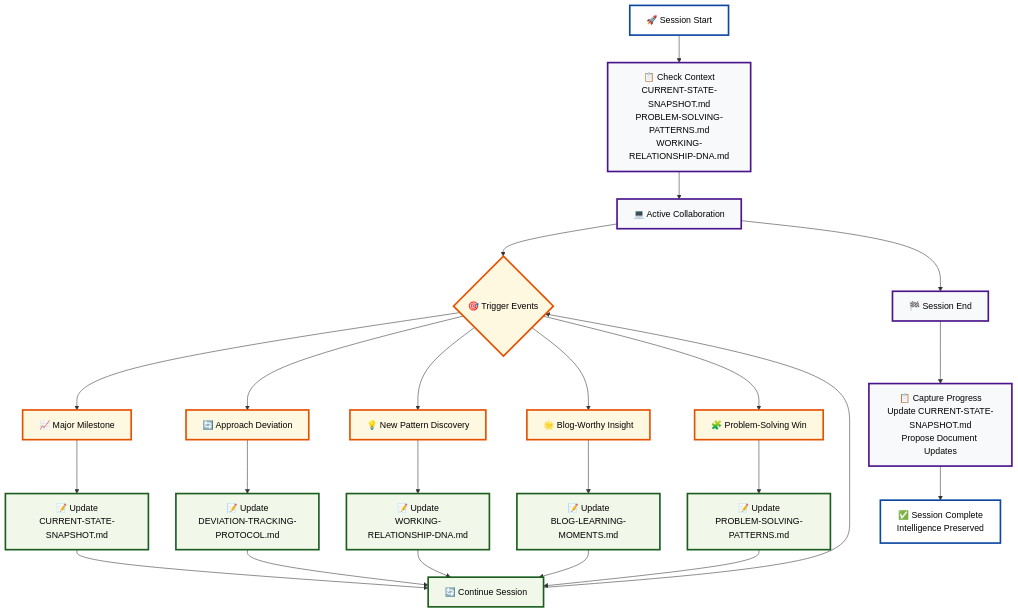
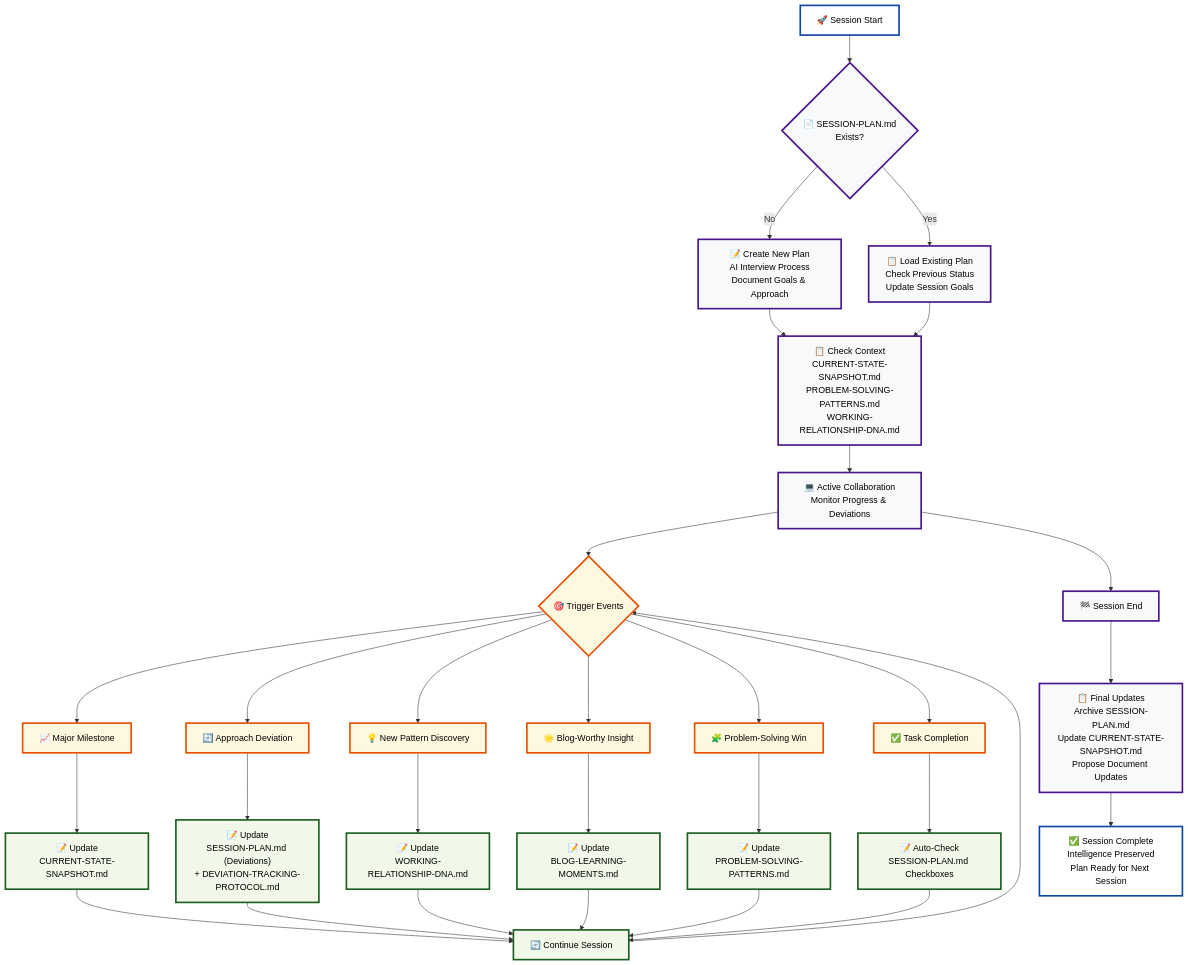
The diagram in session-continuity/README.md (ronanchris/professional-markdown-toolkit-v2), drawn with Mermaid before and after one commit. The commit also changed other lines of this file, not shown here.

First line of the commit message:
Document comprehensive plan-driven session management system

````diff
--- a/session-continuity/README.md
+++ b/session-continuity/README.md
@@ -6,43 +6,52 @@
 ```mermaid
 graph TD
-    A["🚀 Session Start"] --> B["📋 Check Context<br/>CURRENT-STATE-SNAPSHOT.md<br/>PROBLEM-SOLVING-PATTERNS.md<br/>WORKING-RELATIONSHIP-DNA.md"]
+    A["🚀 Session Start"] --> B{"📄 SESSION-PLAN.md<br/>Exists?"}
     
-    B --> C["💻 Active Collaboration"]
+    B -->|No| C["📝 Create New Plan<br/>AI Interview Process<br/>Document Goals & Approach"]
+    B -->|Yes| D["📋 Load Existing Plan<br/>Check Previous Status<br/>Update Session Goals"]
     
-    C --> D{"🎯 Trigger Events"}
+    C --> E["📋 Check Context<br/>CURRENT-STATE-SNAPSHOT.md<br/>PROBLEM-SOLVING-PATTERNS.md<br/>WORKING-RELATIONSHIP-DNA.md"]
+    D --> E
     
-    D --> E["📈 Major Milestone"] 
-    D --> F["🔄 Approach Deviation"]
-    D --> G["💡 New Pattern Discovery"]
-    D --> H["🌟 Blog-Worthy Insight"]
-    D --> I["🧩 Problem-Solving Win"]
+    E --> F["💻 Active Collaboration<br/>Monitor Progress & Deviations"]
     
-    E --> J["📝 Update<br/>CURRENT-STATE-SNAPSHOT.md"]
-    F --> K["📝 Update<br/>DEVIATION-TRACKING-PROTOCOL.md"]
-    G --> L["📝 Update<br/>WORKING-RELATIONSHIP-DNA.md"]
-    H --> M["📝 Update<br/>BLOG-LEARNING-MOMENTS.md"]
-    I --> N["📝 Update<br/>PROBLEM-SOLVING-PATTERNS.md"]
+    F --> G{"🎯 Trigger Events"}
     
-    J --> O["🔄 Continue Session"]
-    K --> O
-    L --> O
-    M --> O
-    N --> O
+    G --> H["📈 Major Milestone"] 
+    G --> I["🔄 Approach Deviation"]
+    G --> J["💡 New Pattern Discovery"]
+    G --> K["🌟 Blog-Worthy Insight"]
+    G --> L["🧩 Problem-Solving Win"]
+    G --> M["✅ Task Completion"]
     
-    O --> D
+    H --> N["📝 Update<br/>CURRENT-STATE-SNAPSHOT.md"]
+    I --> O["📝 Update<br/>SESSION-PLAN.md (Deviations)<br/>+ DEVIATION-TRACKING-PROTOCOL.md"]
+    J --> P["📝 Update<br/>WORKING-RELATIONSHIP-DNA.md"]
+    K --> Q["📝 Update<br/>BLOG-LEARNING-MOMENTS.md"]
+    L --> R["📝 Update<br/>PROBLEM-SOLVING-PATTERNS.md"]
+    M --> S["📝 Auto-Check<br/>SESSION-PLAN.md Checkboxes"]
     
-    C --> P["🏁 Session End"]
-    P --> Q["📋 Capture Progress<br/>Update CURRENT-STATE-SNAPSHOT.md<br/>Propose Document Updates"]
+    N --> T["🔄 Continue Session"]
+    O --> T
+    P --> T
+    Q --> T
+    R --> T
+    S --> T
     
-    Q --> R["✅ Session Complete<br/>Intelligence Preserved"]
+    T --> G
+    
+    F --> U["🏁 Session End"]
+    U --> V["📋 Final Updates<br/>Archive SESSION-PLAN.md<br/>Update CURRENT-STATE-SNAPSHOT.md<br/>Propose Document Updates"]
+    
+    V --> W["✅ Session Complete<br/>Intelligence Preserved<br/>Plan Ready for Next Session"]
     
     classDef startEnd fill:#ffffff,stroke:#0d47a1,stroke-width:3px,color:#000000
     classDef process fill:#f8f9fa,stroke:#4a148c,stroke-width:3px,color:#000000
     classDef trigger fill:#fff8e1,stroke:#e65100,stroke-width:3px,color:#000000
     classDef update fill:#f1f8e9,stroke:#1b5e20,stroke-width:3px,color:#000000
     
-    class A,R startEnd
-    class B,C,P,Q process
-    class D,E,F,G,H,I trigger
-    class J,K,L,M,N,O update
+    class A,W startEnd
+    class B,C,D,E,F,U,V process
+    class G,H,I,J,K,L,M trigger
+    class N,O,P,Q,R,S,T update
 ```
````
